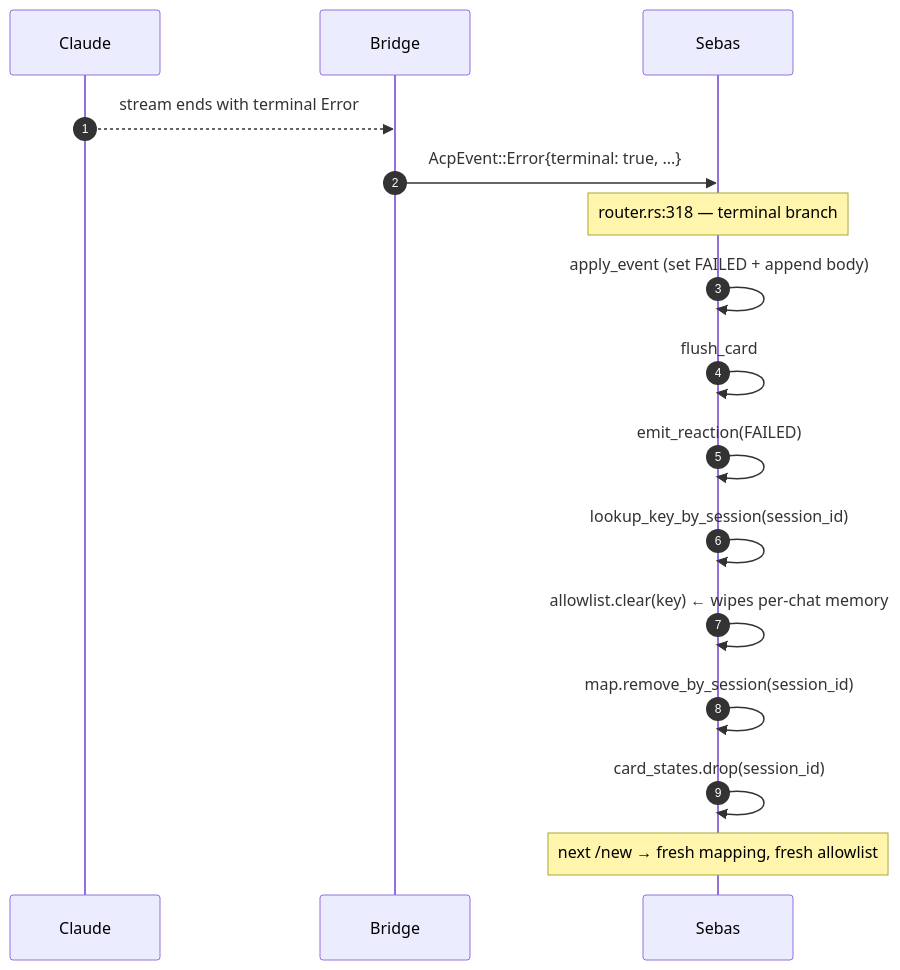
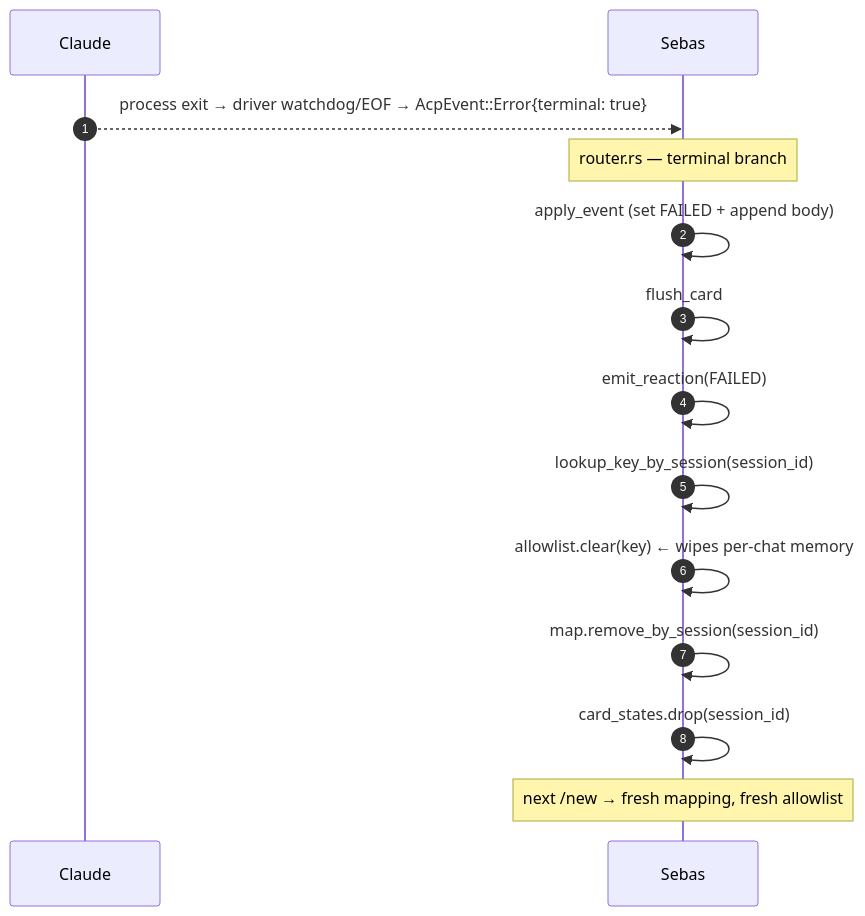
One commit to cupen/sebas changed the fourth of 4 diagrams in docs/perm-flow/sequence.md. Above: the diagram before and after it, drawn with Mermaid. The commit also changed other lines of this file and 30 other files, not shown here.

First line of the commit message:
chore: remove ACP bridge legacy (crate, hook script, ACP dependency)

````diff
--- a/docs/perm-flow/sequence.md
+++ b/docs/perm-flow/sequence.md
@@ -133,21 +147,19 @@
 ```mermaid
 sequenceDiagram
     autonumber
     participant Claude
-    participant Bridge
     participant Sebas
 
-    Claude-->>Bridge: stream ends with terminal Error
-    Bridge->>Sebas: AcpEvent::Error{terminal: true, ...}
+    Claude-->>Sebas: process exit → driver watchdog/EOF → AcpEvent::Error{terminal: true}
 
-    Note over Sebas: router.rs:318 — terminal branch
+    Note over Sebas: router.rs — terminal branch
     Sebas->>Sebas: apply_event (set FAILED + append body)
     Sebas->>Sebas: flush_card
     Sebas->>Sebas: emit_reaction(FAILED)
     Sebas->>Sebas: lookup_key_by_session(session_id)
     Sebas->>Sebas: allowlist.clear(key) ← wipes per-chat memory
     Sebas->>Sebas: map.remove_by_session(session_id)
     Sebas->>Sebas: card_states.drop(session_id)
 
     Note over Sebas: next /new → fresh mapping, fresh allowlist
 ```
````
